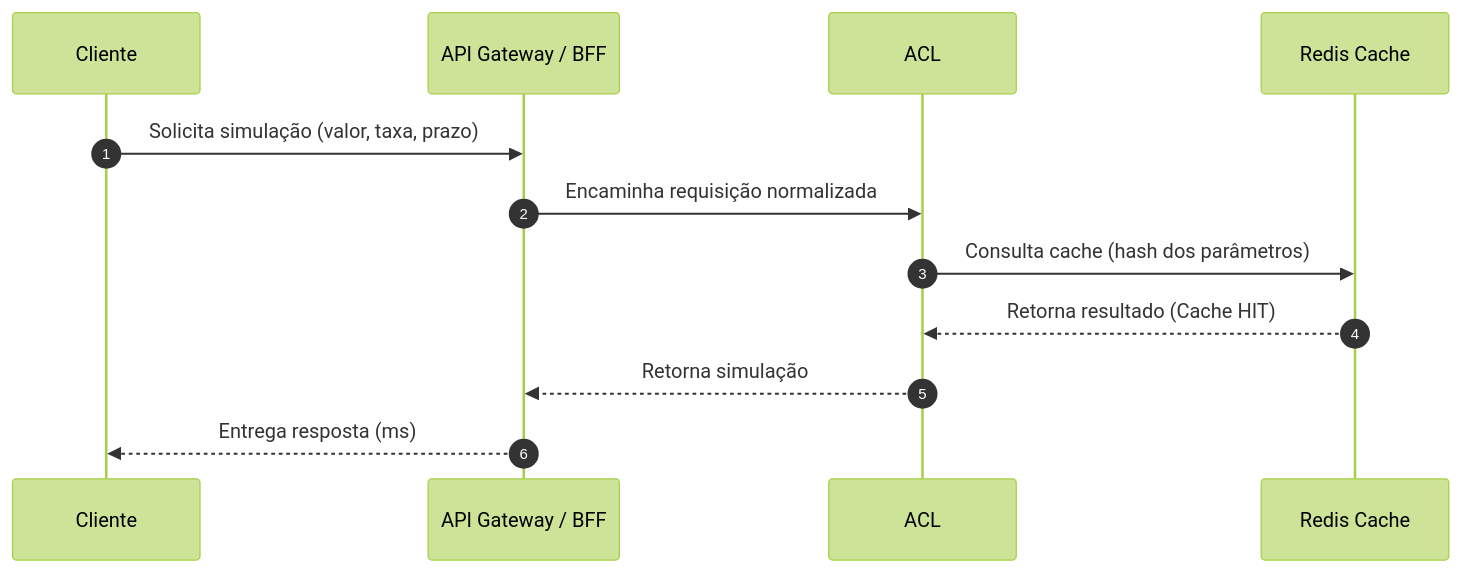
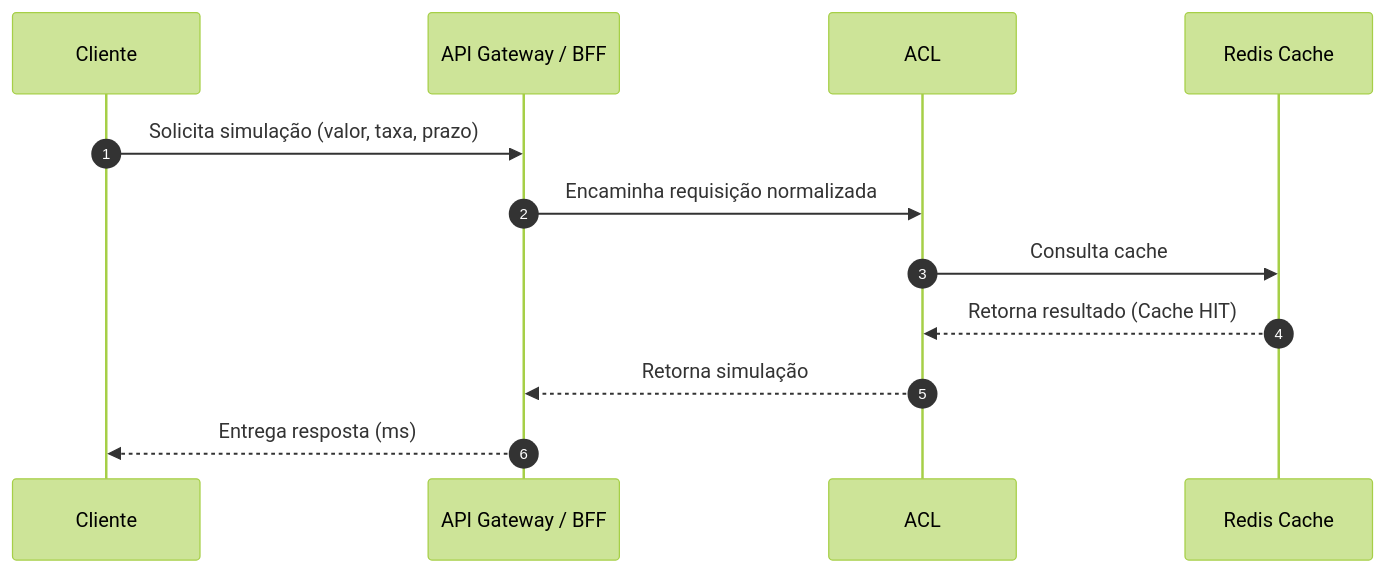
Before and after one commit to janainamilitao/simulacao-emprestimo: the first of 3 diagrams in README.md, drawn with Mermaid (forest theme). The commit also changed other lines of this file, not shown here.

````diff
--- a/README.md
+++ b/README.md
@@ -344,16 +344,16 @@
 ```mermaid
 sequenceDiagram
     autonumber
 
     participant C as Cliente
     participant API as API Gateway / BFF
     participant ACL as ACL
     participant RED as Redis Cache
 
     C->>API: Solicita simulação (valor, taxa, prazo)
     API->>ACL: Encaminha requisição normalizada
-    ACL->>RED: Consulta cache (hash dos parâmetros)
+    ACL->>RED: Consulta cache
     RED-->>ACL: Retorna resultado (Cache HIT)
     ACL-->>API: Retorna simulação
     API-->>C: Entrega resposta (ms)
 ```
````
